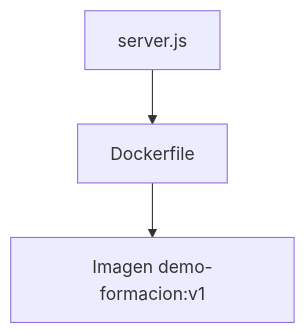
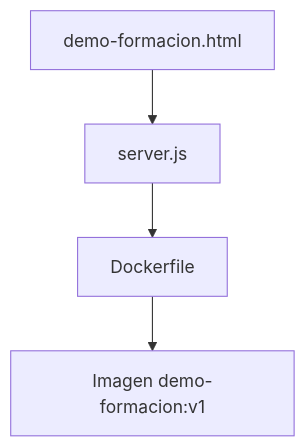
Before and after one commit to ieftraining/curso-openshift: the second of 3 diagrams in docs/sesion1/1.8-practica-imagen-cluster-completo.md, drawn with Mermaid. The commit also changed other lines of this file, not shown here.

````diff
--- a/docs/sesion1/1.8-practica-imagen-cluster-completo.md
+++ b/docs/sesion1/1.8-practica-imagen-cluster-completo.md
@@ -113,6 +125,7 @@
 ```mermaid
 flowchart TD
-    A[server.js]
-    --> B[Dockerfile]
-    --> C[Imagen demo-formacion:v1]
+    A[demo-formacion.html]
+    --> B[server.js]
+    --> C[Dockerfile]
+    --> D[Imagen demo-formacion:v1]
 ```
````
